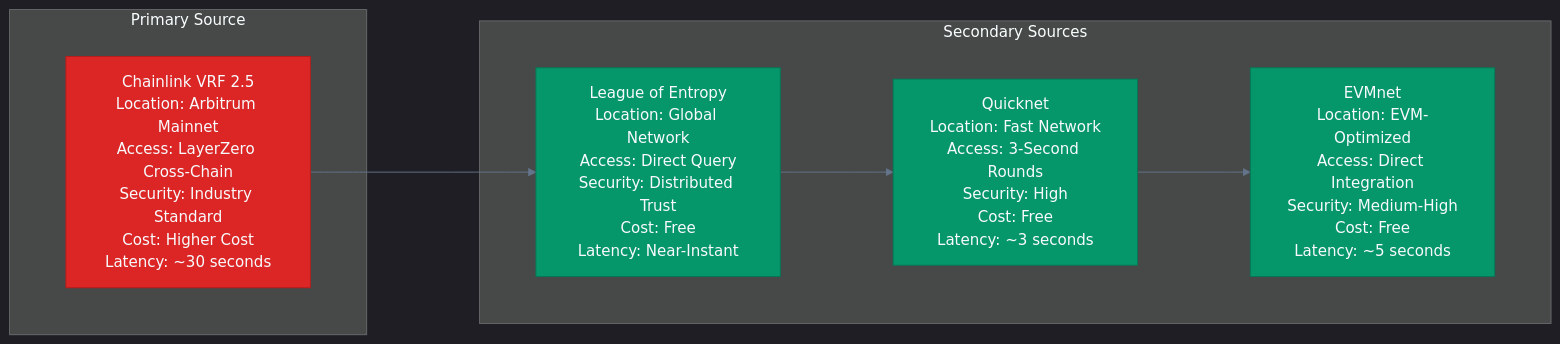
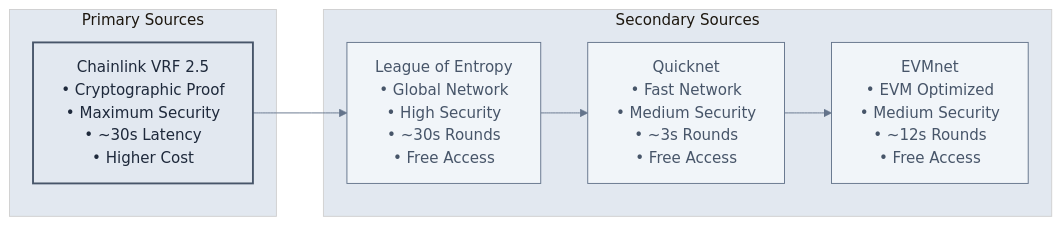
One commit to wenakita/sonicreddragon-docs changed the second of 7 diagrams in docs/contracts/randomness/overview.md. Above: the diagram before and after it, drawn with Mermaid. The commit also changed other lines of this file and 3 other files, not shown here.

````diff
--- a/docs/contracts/randomness/overview.md
+++ b/docs/contracts/randomness/overview.md
@@ -91,38 +86,37 @@
 ```mermaid
 %%{init: {
-  'theme': 'dark',
+  'theme': 'base',
   'themeVariables': {
-    'primaryColor': '#059669',
-    'primaryTextColor': '#f8fafc',
+    'primaryColor': '#f8fafc',
+    'primaryTextColor': '#334155',
+    'primaryBorderColor': '#64748b',
     'lineColor': '#64748b',
-    'tertiaryColor': '#0f172a'
-  },
-  'flowchart': {
-    'curve': 'basis',
-    'nodeSpacing': 80,
-    'rankSpacing': 120
+    'secondaryColor': '#f1f5f9',
+    'tertiaryColor': '#e2e8f0'
   }
 }}%%
+
 graph LR
-    subgraph "Primary Source"
-        CL["Chainlink VRF 2.5<br/>Location: Arbitrum Mainnet<br/>Access: LayerZero Cross-Chain<br/>Security: Industry Standard<br/>Cost: Higher Cost<br/>Latency: ~30 seconds"]
+    subgraph "Primary Sources"
+        CL[Chainlink VRF 2.5<br/>• Cryptographic Proof<br/>• Maximum Security<br/>• ~30s Latency<br/>• Higher Cost]
     end
     
     subgraph "Secondary Sources"
-        LE["League of Entropy<br/>Location: Global Network<br/>Access: Direct Query<br/>Security: Distributed Trust<br/>Cost: Free<br/>Latency: Near-Instant"]
+        LE[League of Entropy<br/>• Global Network<br/>• High Security<br/>• ~30s Rounds<br/>• Free Access]
         
-        QN["Quicknet<br/>Location: Fast Network<br/>Access: 3-Second Rounds<br/>Security: High<br/>Cost: Free<br/>Latency: ~3 seconds"]
+        QN[Quicknet<br/>• Fast Network<br/>• Medium Security<br/>• ~3s Rounds<br/>• Free Access]
         
-        EN["EVMnet<br/>Location: EVM-Optimized<br/>Access: Direct Integration<br/>Security: Medium-High<br/>Cost: Free<br/>Latency: ~5 seconds"]
+        EN[EVMnet<br/>• EVM Optimized<br/>• Medium Security<br/>• ~12s Rounds<br/>• Free Access]
     end
     
     CL --> LE
     LE --> QN
     QN --> EN
-    
-    classDef primary fill:#dc2626,stroke:#b91c1c,color:#f8fafc
-    classDef secondary fill:#059669,stroke:#047857,color:#f8fafc
+
+    classDef default fill:#f8fafc,stroke:#64748b,stroke-width:2px,color:#334155
+    classDef primary fill:#e2e8f0,stroke:#475569,stroke-width:2px,color:#1e293b
+    classDef secondary fill:#f1f5f9,stroke:#64748b,stroke-width:1px,color:#475569
     
     class CL primary
     class LE,QN,EN secondary
 ```
````
